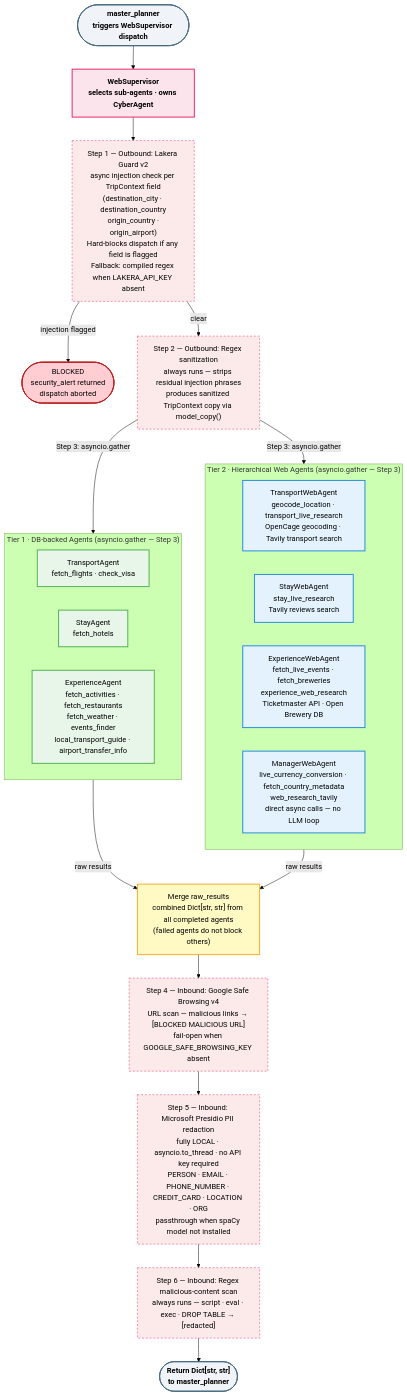
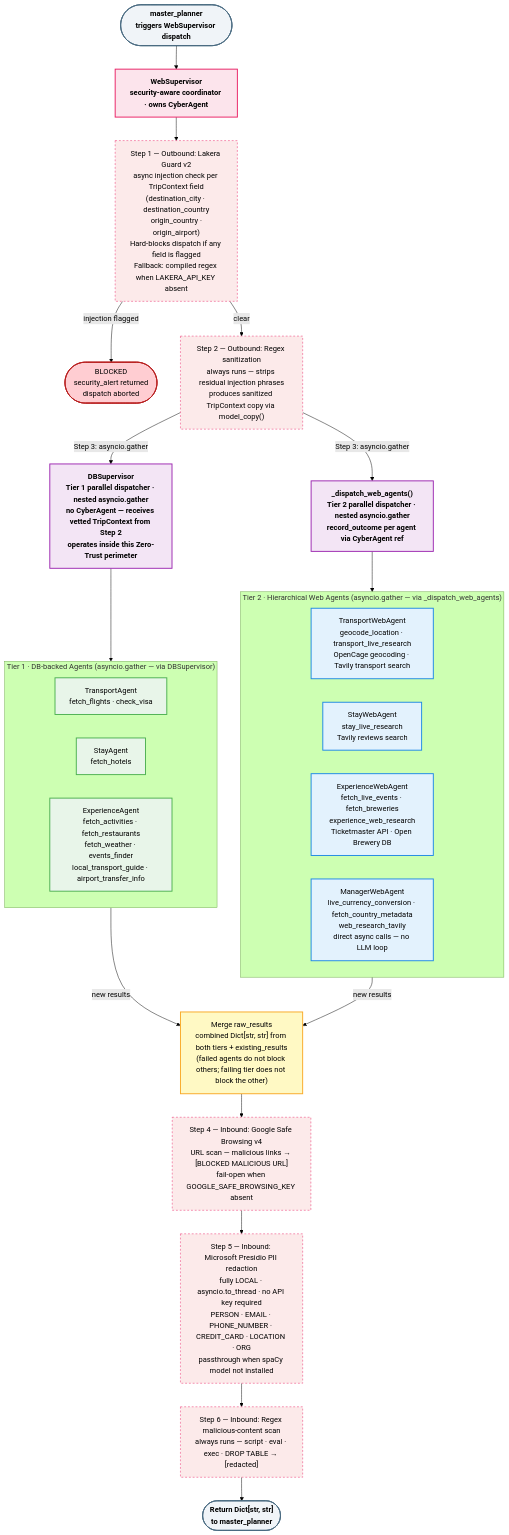
One commit to eladdamti100/travel-agent changed the second of 4 diagrams in GRAPHS.md. Above: the diagram before and after it, drawn with Mermaid (forest theme). The commit also changed other lines of this file and 8 other files, not shown here.

First line of the commit message:
Refactor agent architecture to introduce dual-tier supervision

````diff
--- a/GRAPHS.md
+++ b/GRAPHS.md
@@ -80,49 +80,56 @@
 ```mermaid
 graph TD
     classDef plannerNode    fill:#F0F4F8,stroke:#4A6B82,stroke-width:2px,font-weight:bold
     classDef supervisorNode fill:#FCE4EC,stroke:#E91E63,stroke-width:2px,font-weight:bold
+    classDef dbsNode        fill:#F3E5F5,stroke:#9C27B0,stroke-width:2px,font-weight:bold
     classDef secStep        fill:#FCEAEA,stroke:#E91E63,stroke-width:1px,stroke-dasharray:4
     classDef blockNode      fill:#FFCDD2,stroke:#B71C1C,stroke-width:2px
     classDef tier1Node      fill:#E8F5E9,stroke:#4CAF50,stroke-width:2px
     classDef tier2Node      fill:#E3F2FD,stroke:#1E88E5,stroke-width:2px
     classDef mergeNode      fill:#FFF9C4,stroke:#F9A825,stroke-width:2px
 
     MP_IN(["master_planner\ntriggers WebSupervisor dispatch"]):::plannerNode
-    WS["WebSupervisor\nselects sub-agents · owns CyberAgent"]:::supervisorNode
+    WS["WebSupervisor\nsecurity-aware coordinator · owns CyberAgent"]:::supervisorNode
 
     STEP1["Step 1 — Outbound: Lakera Guard v2\nasync injection check per TripContext field\n(destination_city · destination_country\n origin_country · origin_airport)\nHard-blocks dispatch if any field is flagged\nFallback: compiled regex when LAKERA_API_KEY absent"]:::secStep
 
     BLOCK(["BLOCKED\nsecurity_alert returned\ndispatch aborted"]):::blockNode
 
     STEP2["Step 2 — Outbound: Regex sanitization\nalways runs — strips residual injection phrases\nproduces sanitized TripContext copy via model_copy()"]:::secStep
 
-    subgraph TIER1 ["Tier 1 · DB-backed Agents  (asyncio.gather — Step 3)"]
+    DBS["DBSupervisor\nTier 1 parallel dispatcher · nested asyncio.gather\nno CyberAgent — receives vetted TripContext from Step 2\noperates inside this Zero-Trust perimeter"]:::dbsNode
+
+    WD["_dispatch_web_agents()\nTier 2 parallel dispatcher · nested asyncio.gather\nrecord_outcome per agent via CyberAgent ref"]:::dbsNode
+
+    subgraph TIER1 ["Tier 1 · DB-backed Agents  (asyncio.gather — via DBSupervisor)"]
         T_AGT["TransportAgent\nfetch_flights · check_visa"]:::tier1Node
         S_AGT["StayAgent\nfetch_hotels"]:::tier1Node
         E_AGT["ExperienceAgent\nfetch_activities · fetch_restaurants\nfetch_weather · events_finder\nlocal_transport_guide · airport_transfer_info"]:::tier1Node
     end
 
-    subgraph TIER2 ["Tier 2 · Hierarchical Web Agents  (asyncio.gather — Step 3)"]
+    subgraph TIER2 ["Tier 2 · Hierarchical Web Agents  (asyncio.gather — via _dispatch_web_agents)"]
         TW_AGT["TransportWebAgent\ngeocode_location · transport_live_research\nOpenCage geocoding · Tavily transport search"]:::tier2Node
         SW_AGT["StayWebAgent\nstay_live_research\nTavily reviews search"]:::tier2Node
         EW_AGT["ExperienceWebAgent\nfetch_live_events · fetch_breweries\nexperience_web_research\nTicketmaster API · Open Brewery DB"]:::tier2Node
         MW_AGT["ManagerWebAgent\nlive_currency_conversion · fetch_country_metadata\nweb_research_tavily\ndirect async calls — no LLM loop"]:::tier2Node
     end
 
-    MERGE["Merge raw_results\ncombined Dict[str, str] from all completed agents\n(failed agents do not block others)"]:::mergeNode
+    MERGE["Merge raw_results\ncombined Dict[str, str] from both tiers + existing_results\n(failed agents do not block others; failing tier does not block the other)"]:::mergeNode
 
     STEP4["Step 4 — Inbound: Google Safe Browsing v4\nURL scan — malicious links → [BLOCKED MALICIOUS URL]\nfail-open when GOOGLE_SAFE_BROWSING_KEY absent"]:::secStep
 
     STEP5["Step 5 — Inbound: Microsoft Presidio PII redaction\nfully LOCAL · asyncio.to_thread · no API key required\nPERSON · EMAIL · PHONE_NUMBER · CREDIT_CARD · LOCATION · ORG\npassthrough when spaCy model not installed"]:::secStep
 
     STEP6["Step 6 — Inbound: Regex malicious-content scan\nalways runs — script · eval · exec · DROP TABLE → [redacted]"]:::secStep
 
     MP_OUT(["Return Dict[str, str]\nto master_planner"]):::plannerNode
 
     MP_IN --> WS --> STEP1
     STEP1 -- "injection flagged" --> BLOCK
     STEP1 -- "clear" --> STEP2
-    STEP2 -- "Step 3: asyncio.gather" --> TIER1 & TIER2
-    TIER1 & TIER2 -- "raw results" --> MERGE
+    STEP2 -- "Step 3: asyncio.gather" --> DBS & WD
+    DBS --> TIER1
+    WD --> TIER2
+    TIER1 & TIER2 -- "new results" --> MERGE
     MERGE --> STEP4 --> STEP5 --> STEP6 --> MP_OUT
 ```
````
